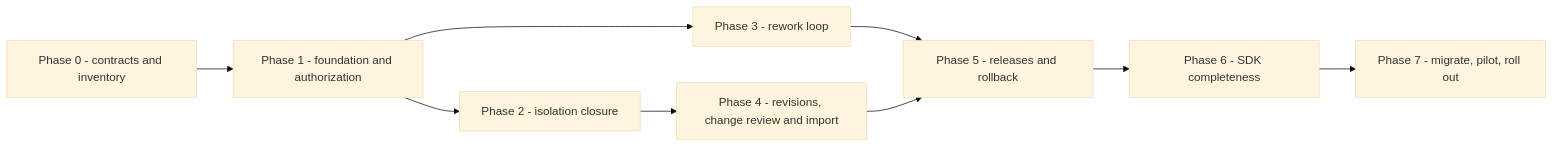
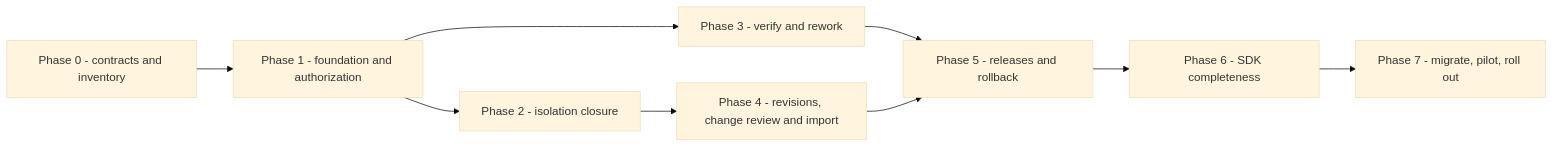
Diagram 16 of 16 in docs/workspace-plan.md (rrahimi-uci/caliber-suite), drawn with Mermaid (base theme) before and after one commit. The commit also changed other lines of this file and 2 other files, not shown here.

First line of the commit message:
docs(workspace-plan): fix 2 non-rendering diagrams, correct 9 wrong claims, schedule the Verify gap (#277)

````diff
--- a/docs/workspace-plan.md
+++ b/docs/workspace-plan.md
@@ -3506,11 +3603,11 @@
 ```mermaid
 flowchart LR
   P0[Phase 0 - contracts and inventory] --> P1[Phase 1 - foundation and authorization]
   P1 --> P2[Phase 2 - isolation closure]
-  P1 --> P3[Phase 3 - rework loop]
+  P1 --> P3[Phase 3 - verify and rework]
   P2 --> P4[Phase 4 - revisions, change review and import]
   P3 --> P5[Phase 5 - releases and rollback]
   P4 --> P5
   P5 --> P6[Phase 6 - SDK completeness]
   P6 --> P7[Phase 7 - migrate, pilot, roll out]
 ```
````
